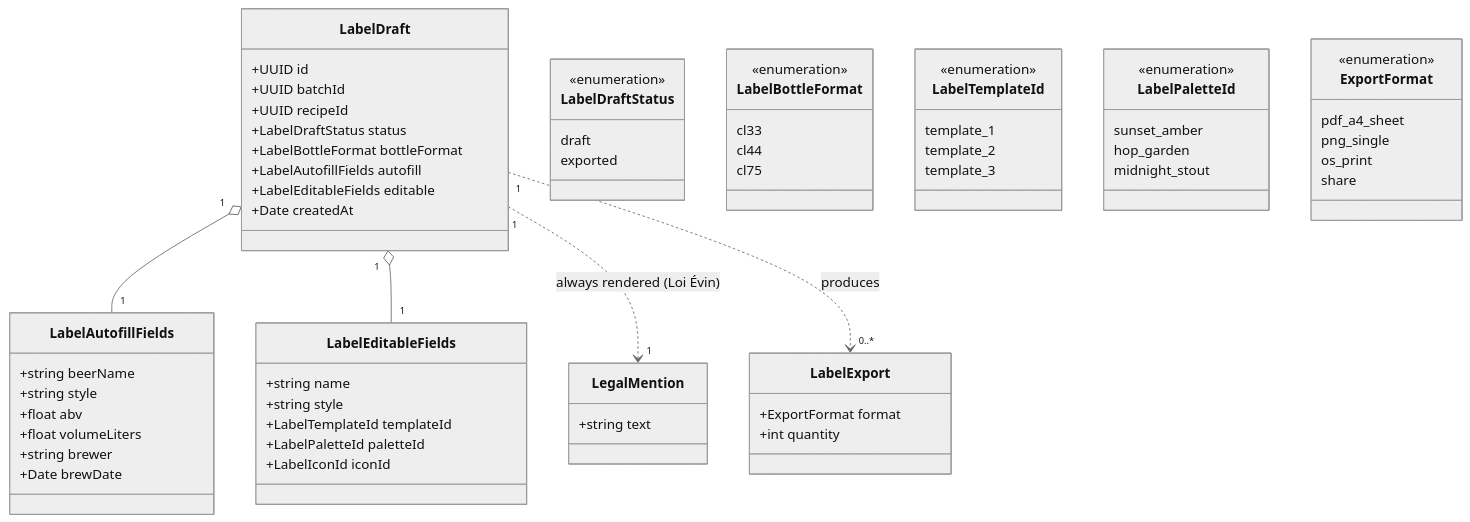
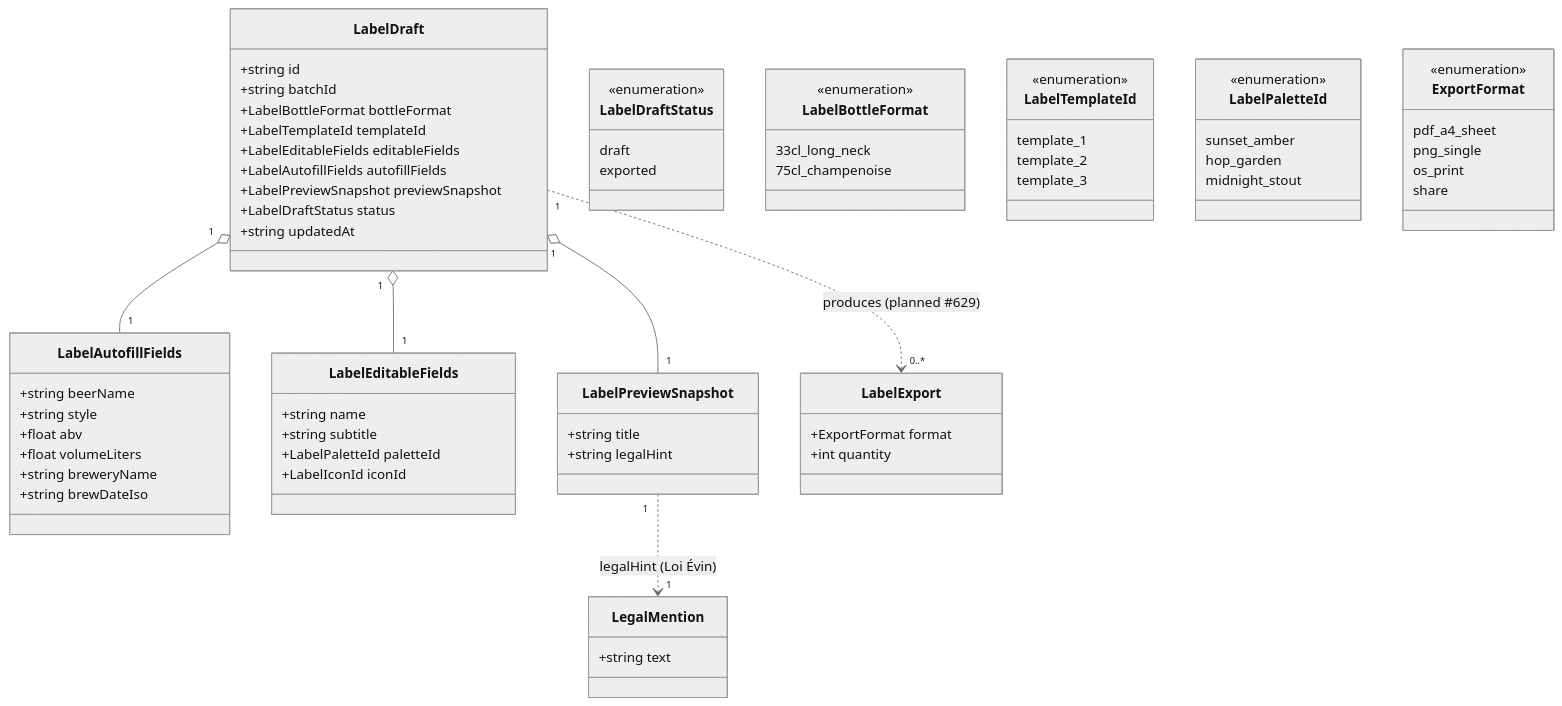
Before and after one commit to benoit-bremaud/brasse-bouillon: the diagram in docs/architecture/diagrams/labels/04-class.md, drawn with Mermaid (neutral theme). The commit also changed 1 other file, not shown here.

Commit message:
docs(labels): address Copilot review — match real domain types
- class LabelDraft now matches label.types.ts (id/batchId/bottleFormat/templateId/
  editableFields/autofillFields/previewSnapshot/status/updatedAt).
- LabelAutofillFields: beerName/style/abv/volumeLiters/breweryName/brewDateIso.
- LabelEditableFields: name/subtitle/paletteId/iconId (templateId is on the draft).
- LabelBottleFormat enum: 33cl_long_neck / 75cl_champenoise (real values).
- sequence: real use-case names (createLabelDraftFromBatch/updateLabelDraft);
  export marked PLANNED (#629, no exportLabel use-case yet).

````diff
--- a/docs/architecture/diagrams/labels/04-class.md
+++ b/docs/architecture/diagrams/labels/04-class.md
@@ -14,71 +14,75 @@
 ```mermaid
 classDiagram
   class LabelDraft {
-    +UUID id
-    +UUID batchId
-    +UUID recipeId
+    +string id
+    +string batchId
+    +LabelBottleFormat bottleFormat
+    +LabelTemplateId templateId
+    +LabelEditableFields editableFields
+    +LabelAutofillFields autofillFields
+    +LabelPreviewSnapshot previewSnapshot
     +LabelDraftStatus status
-    +LabelBottleFormat bottleFormat
-    +LabelAutofillFields autofill
-    +LabelEditableFields editable
-    +Date createdAt
+    +string updatedAt
   }
   class LabelAutofillFields {
     +string beerName
     +string style
     +float abv
     +float volumeLiters
-    +string brewer
-    +Date brewDate
+    +string breweryName
+    +string brewDateIso
   }
   class LabelEditableFields {
     +string name
-    +string style
-    +LabelTemplateId templateId
+    +string subtitle
     +LabelPaletteId paletteId
     +LabelIconId iconId
+  }
+  class LabelPreviewSnapshot {
+    +string title
+    +string legalHint
   }
   class LabelExport {
     +ExportFormat format
     +int quantity
   }
   class LegalMention {
     +string text
   }
 
   LabelDraft "1" o-- "1" LabelAutofillFields
   LabelDraft "1" o-- "1" LabelEditableFields
-  LabelDraft "1" ..> "1" LegalMention : always rendered (Loi Évin)
-  LabelDraft "1" ..> "0..*" LabelExport : produces
+  LabelDraft "1" o-- "1" LabelPreviewSnapshot
+  LabelPreviewSnapshot "1" ..> "1" LegalMention : legalHint (Loi Évin)
+  LabelDraft "1" ..> "0..*" LabelExport : produces (planned #629)
 
   class LabelDraftStatus {
     <<enumeration>>
     draft
     exported
   }
   class LabelBottleFormat {
     <<enumeration>>
-    cl33
-    cl44
-    cl75
+    33cl_long_neck
+    75cl_champenoise
   }
   class LabelTemplateId {
     <<enumeration>>
     template_1
     template_2
     template_3
   }
   class LabelPaletteId {
     <<enumeration>>
     sunset_amber
     hop_garden
     midnight_stout
   }
   class ExportFormat {
     <<enumeration>>
     pdf_a4_sheet
     png_single
     os_print
     share
   }
 ```
````
